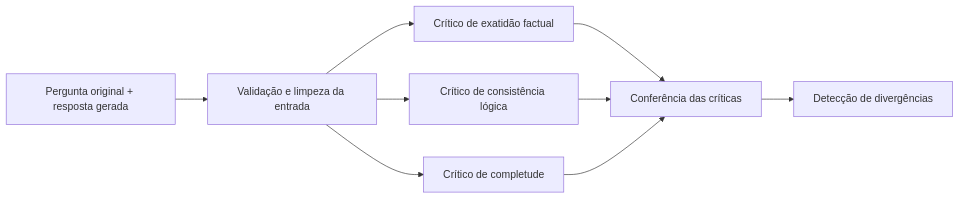
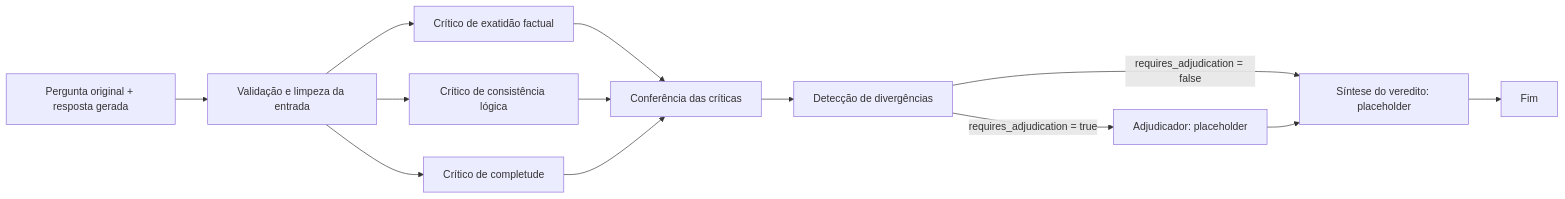
The diagram in README.md (carlosEA28/LLM-Output-Arbitration-System), drawn with Mermaid before and after one commit. The commit also changed other lines of this file and 2 other files, not shown here.

Commit message:
feat: implement adjudicator and synthesize_verdict functions, enhance graph routing logic, and add unit tests for routing paths

````diff
--- a/README.md
+++ b/README.md
@@ -9,11 +9,15 @@
 ```mermaid
 flowchart LR
     A["Pergunta original + resposta gerada"] --> B[Validação e limpeza da entrada]
     B --> C[Crítico de exatidão factual]
     B --> D[Crítico de consistência lógica]
     B --> E[Crítico de completude]
     C --> F[Conferência das críticas]
     D --> F
     E --> F
     F --> G[Detecção de divergências]
+    G -->|requires_adjudication = true| H[Adjudicador: placeholder]
+    G -->|requires_adjudication = false| I[Síntese do veredito: placeholder]
+    H --> I
+    I --> J[Fim]
 ```
````
